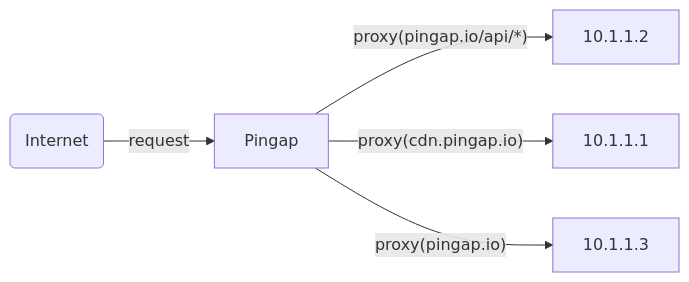
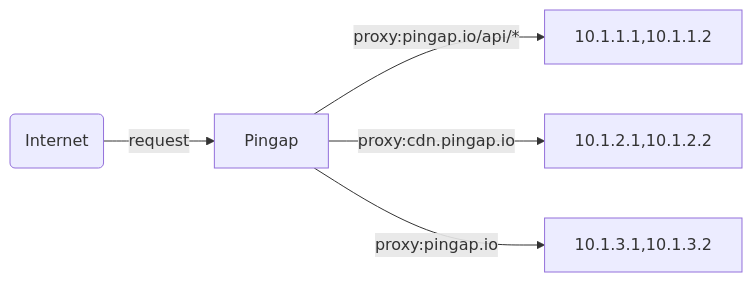
Before and after one commit to vicanso/pingap: the first of 2 diagrams in README.md, drawn with Mermaid. The commit also changed other lines of this file and 1 other file, not shown here.

````diff
--- a/README.md
+++ b/README.md
@@ -11,7 +11,7 @@
 ```mermaid
 flowchart LR
   internet("Internet") -- request --> pingap["Pingap"]
-  pingap -- proxy(pingap.io/api/*) --> server2["10.1.1.2"]
-  pingap -- proxy(cdn.pingap.io) --> server1["10.1.1.1"]
-  pingap -- proxy(pingap.io) --> server3["10.1.1.3"]
+  pingap -- proxy:pingap.io/api/* --> apiUpstream["10.1.1.1,10.1.1.2"]
+  pingap -- proxy:cdn.pingap.io --> cdnUpstream["10.1.2.1,10.1.2.2"]
+  pingap -- proxy:pingap.io --> upstream["10.1.3.1,10.1.3.2"]
 ```
````
